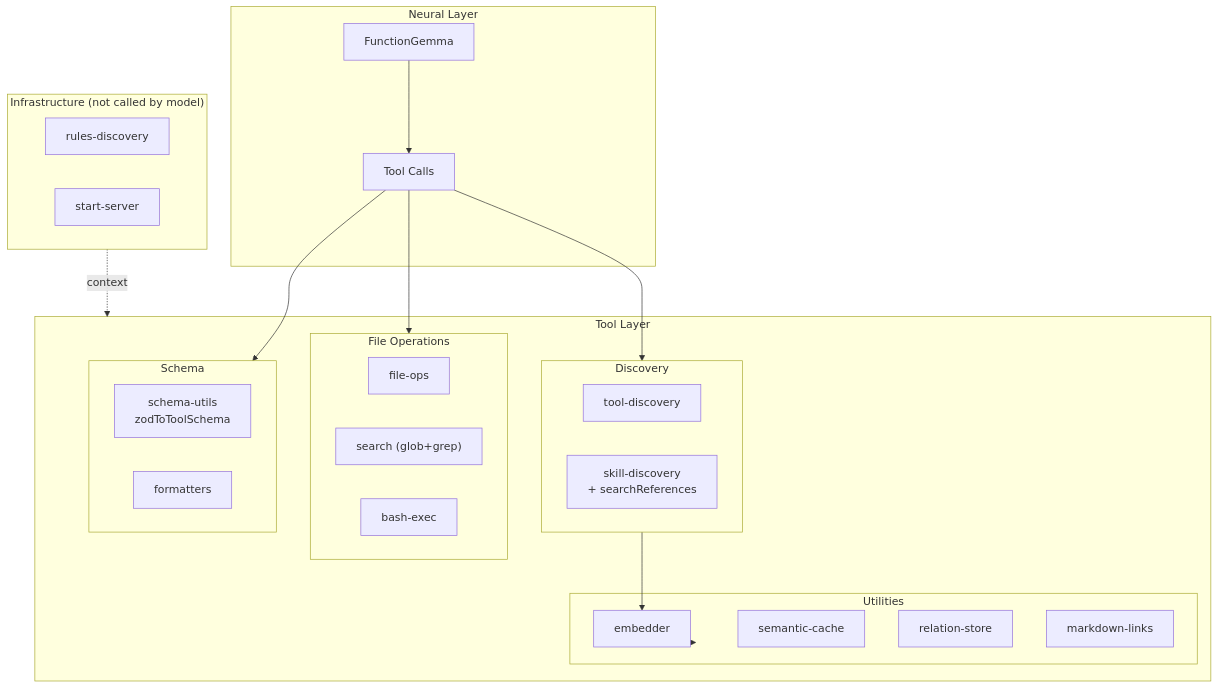
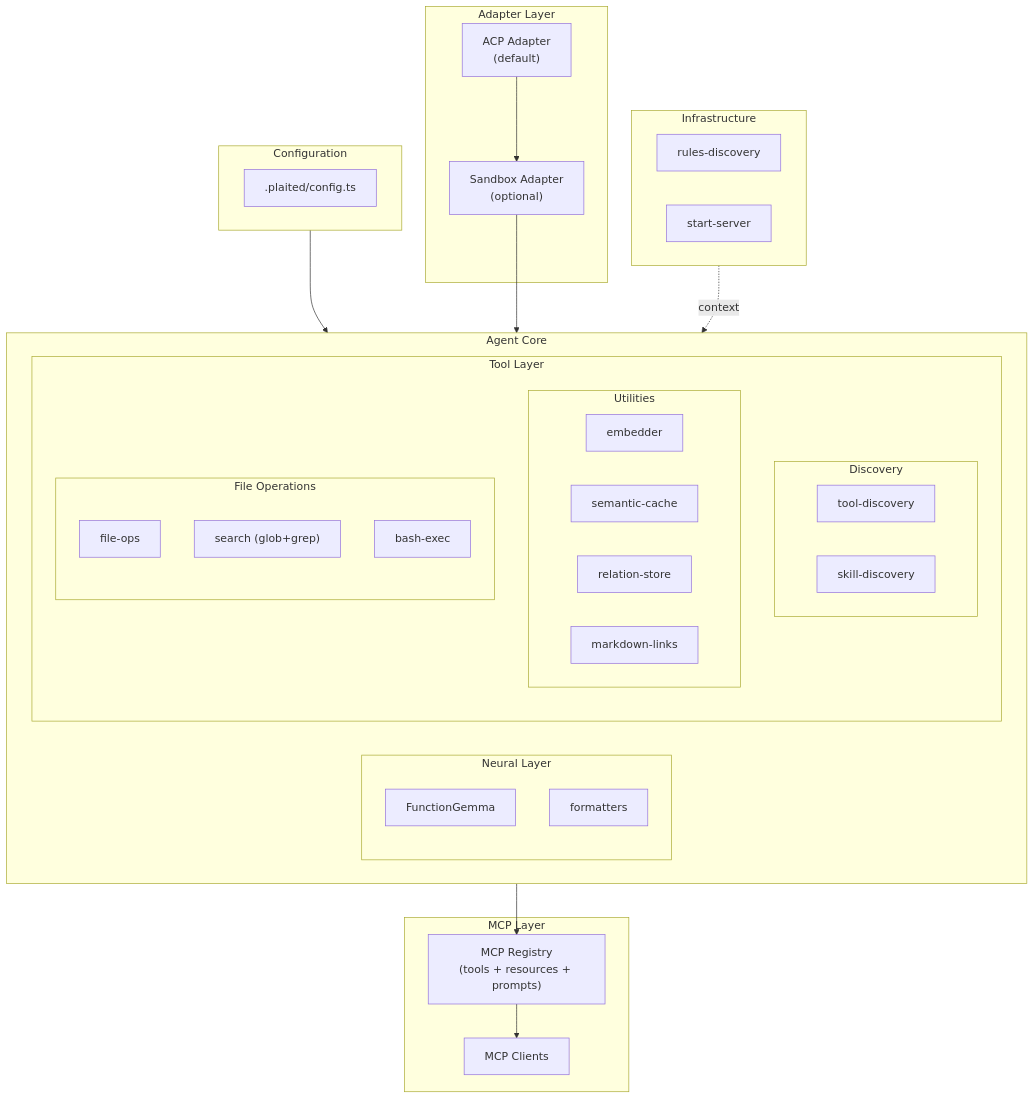
One commit to plaited/plaited changed the diagram in .claude/skills/loom/references/weaving/tool-layer.md. Above: the diagram before and after it, drawn with Mermaid. The commit also changed other lines of this file and 6 other files, not shown here.

````diff
--- a/.claude/skills/loom/references/weaving/tool-layer.md
+++ b/.claude/skills/loom/references/weaving/tool-layer.md
@@ -9,45 +9,55 @@
 ```mermaid
 flowchart TB
-    subgraph Neural["Neural Layer"]
-        Model["FunctionGemma"]
-        Calls["Tool Calls"]
-        Model --> Calls
+    subgraph Config["Configuration"]
+        ConfigFile[".plaited/config.ts"]
     end
 
-    subgraph Tool["Tool Layer"]
-        subgraph Discovery["Discovery"]
-            ToolDisc["tool-discovery"]
-            SkillDisc["skill-discovery<br/>+ searchReferences"]
+    subgraph Adapters["Adapter Layer"]
+        ACPAdapter["ACP Adapter<br/>(default)"]
+        SandboxAdapter["Sandbox Adapter<br/>(optional)"]
+    end
+
+    subgraph Agent["Agent Core"]
+        subgraph Neural["Neural Layer"]
+            Model["FunctionGemma"]
+            Formatters["formatters"]
         end
 
-        subgraph Utils["Utilities"]
-            Embedder["embedder"]
-            Cache["semantic-cache"]
-            Relations["relation-store"]
-            MdLinks["markdown-links"]
-        end
+        subgraph Tool["Tool Layer"]
+            subgraph Discovery["Discovery"]
+                ToolDisc["tool-discovery"]
+                SkillDisc["skill-discovery"]
+            end
 
-        subgraph FileTools["File Operations"]
-            FileOps["file-ops"]
-            Search["search (glob+grep)"]
-            BashExec["bash-exec"]
-        end
+            subgraph Utils["Utilities"]
+                Embedder["embedder"]
+                Cache["semantic-cache"]
+                Relations["relation-store"]
+                MdLinks["markdown-links"]
+            end
 
-        subgraph Schema["Schema"]
-            SchemaUtils["schema-utils<br/>zodToToolSchema"]
-            Formatters["formatters"]
+            subgraph FileTools["File Operations"]
+                FileOps["file-ops"]
+                Search["search (glob+grep)"]
+                BashExec["bash-exec"]
+            end
         end
     end
 
-    subgraph Infra["Infrastructure (not called by model)"]
+    subgraph MCP["MCP Layer"]
+        MCPRegistry["MCP Registry<br/>(tools + resources + prompts)"]
+        MCPClients["MCP Clients"]
+    end
+
+    subgraph Infra["Infrastructure"]
         RulesDisc["rules-discovery"]
         StartServer["start-server"]
     end
 
-    Calls --> Discovery
-    Calls --> FileTools
-    Calls --> Schema
-    Discovery --> Embedder
-    Utils --> Embedder
-    Infra -.->|"context"| Tool
+    Config --> Agent
+    ACPAdapter --> SandboxAdapter
+    SandboxAdapter --> Agent
+    Agent --> MCPRegistry
+    MCPRegistry --> MCPClients
+    Infra -.->|"context"| Agent
 ```
````
